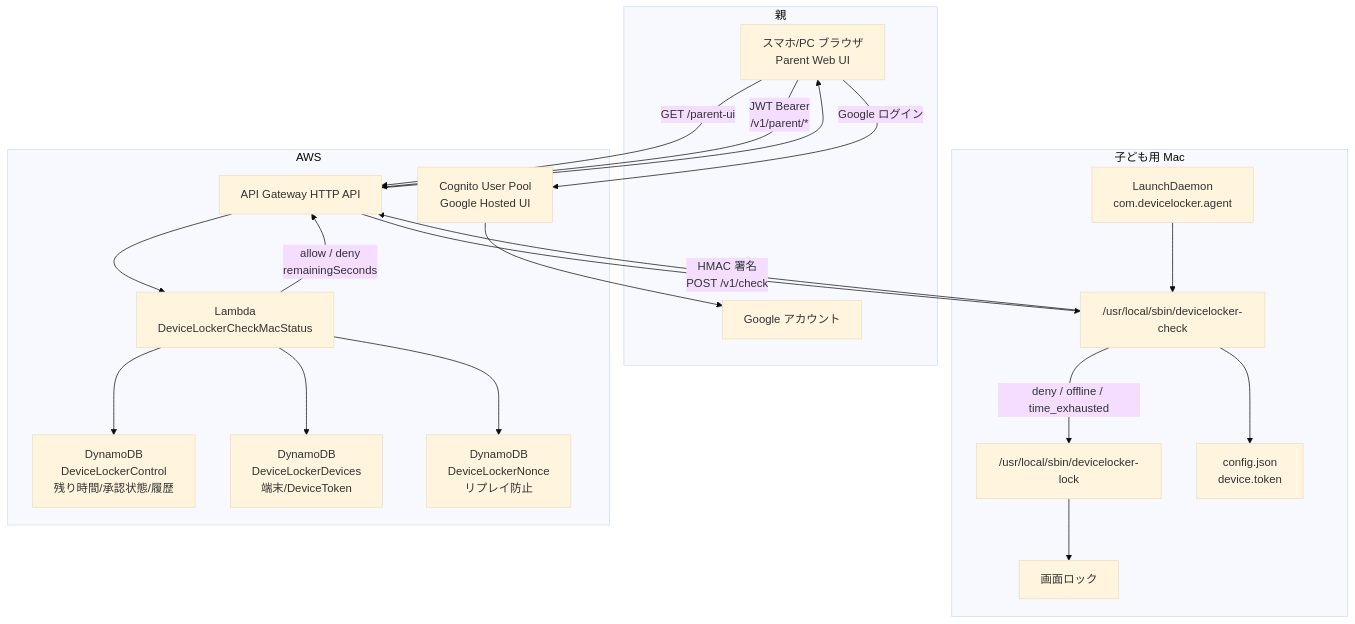
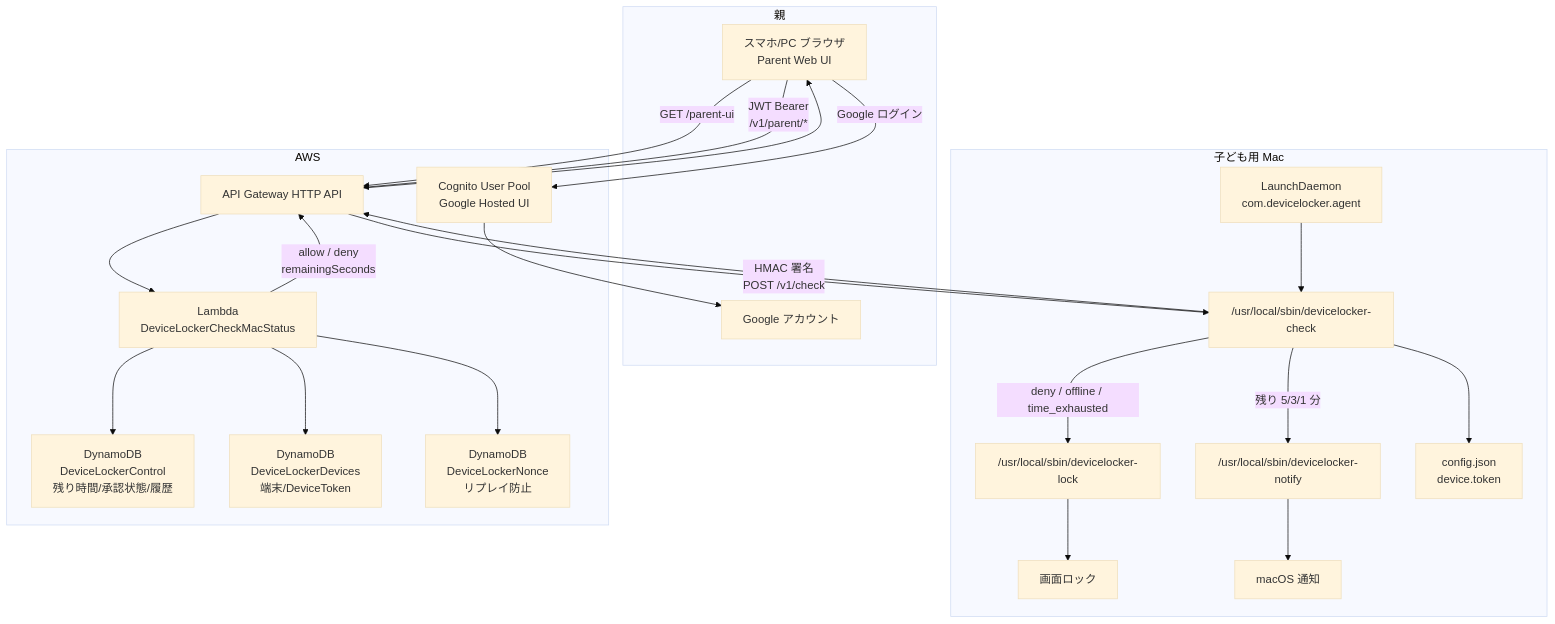
Before and after one commit to takao2704/devicelocker: the diagram in README.md, drawn with Mermaid (base theme). The commit also changed other lines of this file and 11 other files, not shown here.

````diff
--- a/README.md
+++ b/README.md
@@ -21,43 +22,47 @@
 ```mermaid
 flowchart TB
   subgraph Parent["親"]
     ParentBrowser["スマホ/PC ブラウザ<br/>Parent Web UI"]
     Google["Google アカウント"]
   end
 
   subgraph ChildMac["子ども用 Mac"]
     LaunchDaemon["LaunchDaemon<br/>com.devicelocker.agent"]
     Check["/usr/local/sbin/devicelocker-check"]
     Lock["/usr/local/sbin/devicelocker-lock"]
+    Notify["/usr/local/sbin/devicelocker-notify"]
     Config["config.json<br/>device.token"]
     Screen["画面ロック"]
+    Notification["macOS 通知"]
   end
 
   subgraph AWS["AWS"]
     Api["API Gateway HTTP API"]
     Cognito["Cognito User Pool<br/>Google Hosted UI"]
     Lambda["Lambda<br/>DeviceLockerCheckMacStatus"]
     Control["DynamoDB<br/>DeviceLockerControl<br/>残り時間/承認状態/履歴"]
     Devices["DynamoDB<br/>DeviceLockerDevices<br/>端末/DeviceToken"]
     Nonce["DynamoDB<br/>DeviceLockerNonce<br/>リプレイ防止"]
   end
 
   ParentBrowser -->|"GET /parent-ui"| Api
   ParentBrowser -->|"Google ログイン"| Cognito
   Cognito --> Google
   ParentBrowser -->|"JWT Bearer<br/>/v1/parent/*"| Api
 
   LaunchDaemon --> Check
   Check --> Config
   Check -->|"HMAC 署名<br/>POST /v1/check"| Api
+  Check -->|"残り 5/3/1 分"| Notify
   Check -->|"deny / offline / time_exhausted"| Lock
+  Notify --> Notification
   Lock --> Screen
 
   Api --> Lambda
   Lambda --> Control
   Lambda --> Devices
   Lambda --> Nonce
   Lambda -->|"allow / deny<br/>remainingSeconds"| Api
   Api --> ParentBrowser
   Api --> Check
 ```
````
